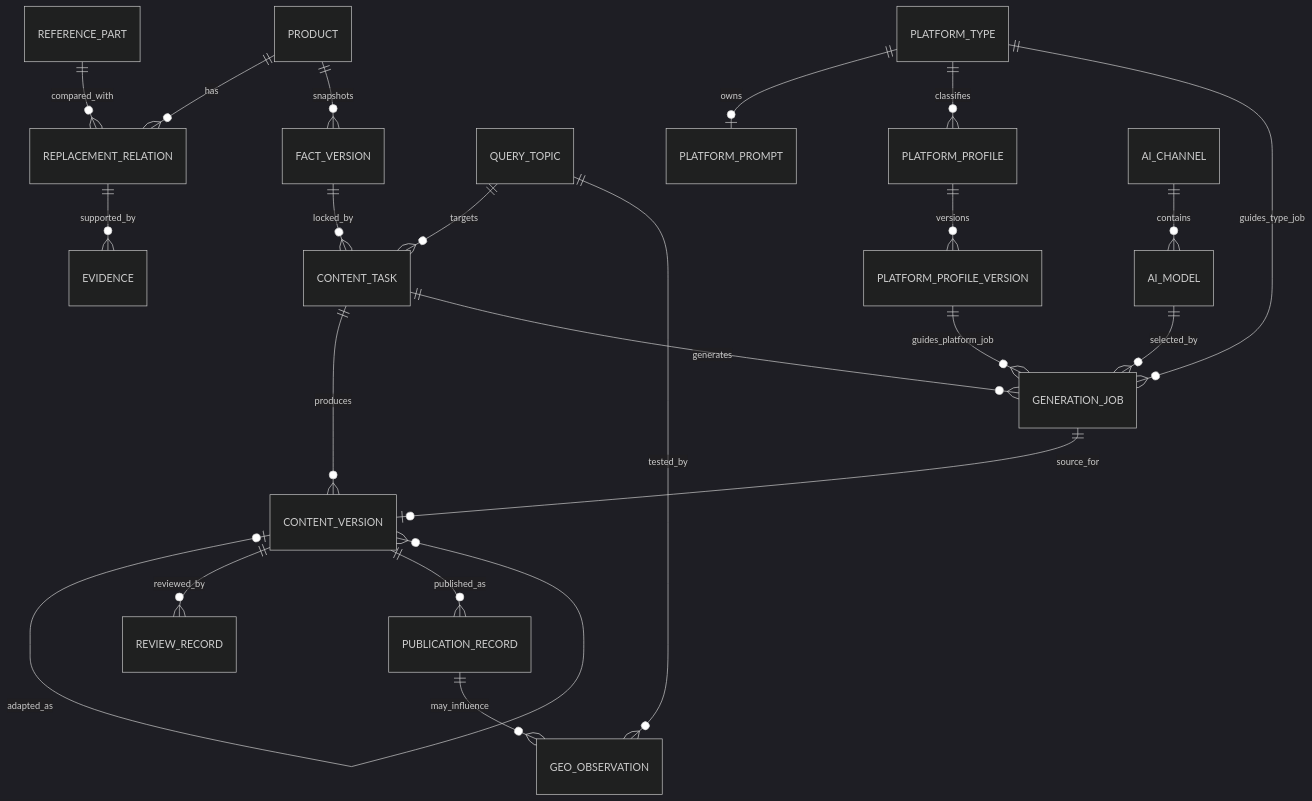
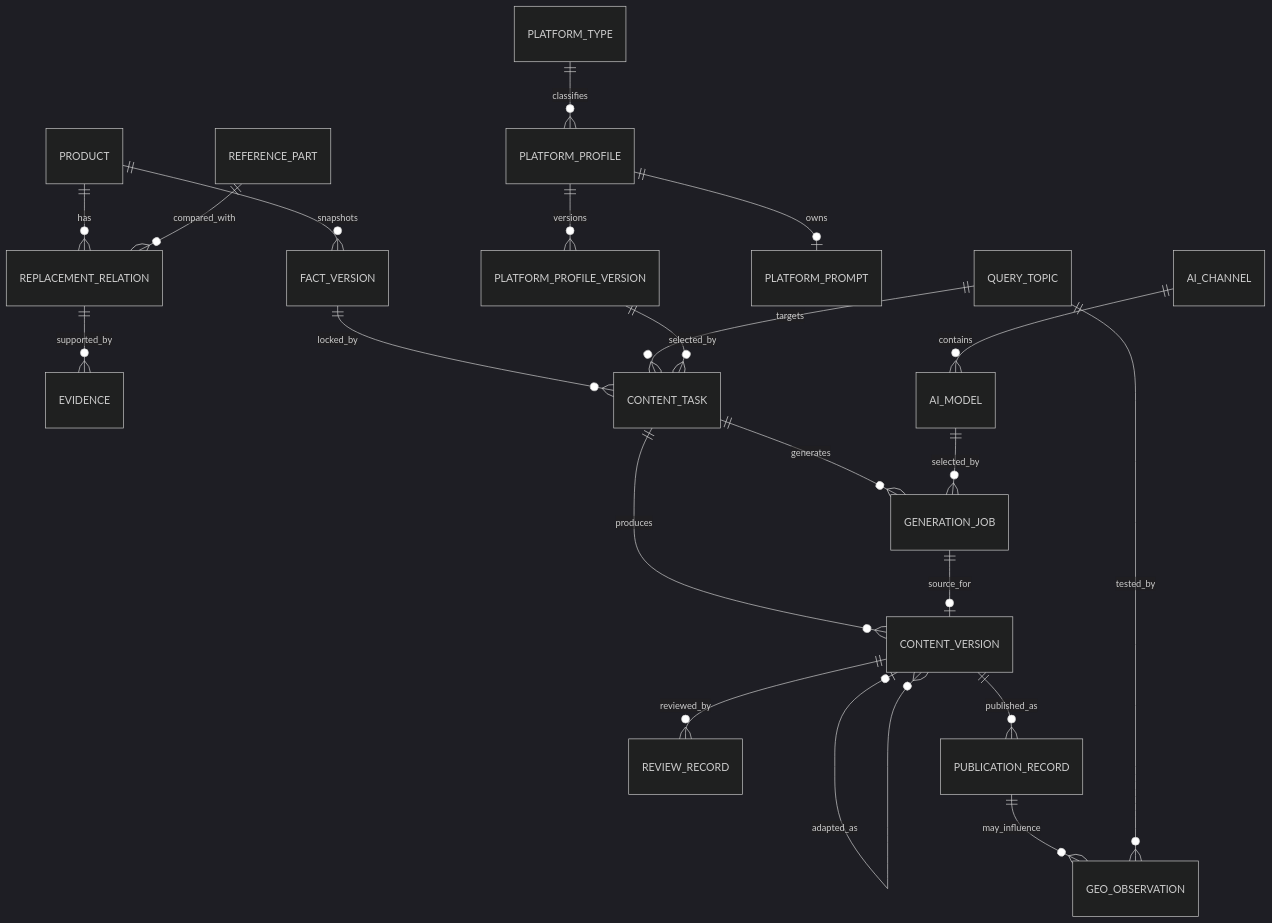
One commit to ccisnoxx/partsignal changed the second of 4 diagrams in docs/GEO多平台内容运营系统方案设计.md. Above: the diagram before and after it, drawn with Mermaid (dark theme). The commit also changed other lines of this file and 109 other files, not shown here.

````diff
--- a/docs/GEO多平台内容运营系统方案设计.md
+++ b/docs/GEO多平台内容运营系统方案设计.md
@@ -257,24 +250,23 @@
 ```mermaid
 erDiagram
     PRODUCT ||--o{ REPLACEMENT_RELATION : has
     REFERENCE_PART ||--o{ REPLACEMENT_RELATION : compared_with
     REPLACEMENT_RELATION ||--o{ EVIDENCE : supported_by
     PRODUCT ||--o{ FACT_VERSION : snapshots
     FACT_VERSION ||--o{ CONTENT_TASK : locked_by
     QUERY_TOPIC ||--o{ CONTENT_TASK : targets
-    PLATFORM_TYPE ||--o| PLATFORM_PROMPT : owns
     PLATFORM_TYPE ||--o{ PLATFORM_PROFILE : classifies
+    PLATFORM_PROFILE ||--o| PLATFORM_PROMPT : owns
     PLATFORM_PROFILE ||--o{ PLATFORM_PROFILE_VERSION : versions
-    PLATFORM_TYPE ||--o{ GENERATION_JOB : guides_type_job
-    PLATFORM_PROFILE_VERSION ||--o{ GENERATION_JOB : guides_platform_job
+    PLATFORM_PROFILE_VERSION ||--o{ CONTENT_TASK : selected_by
     AI_CHANNEL ||--o{ AI_MODEL : contains
     CONTENT_TASK ||--o{ CONTENT_VERSION : produces
     CONTENT_TASK ||--o{ GENERATION_JOB : generates
     AI_MODEL ||--o{ GENERATION_JOB : selected_by
     GENERATION_JOB ||--o| CONTENT_VERSION : source_for
     CONTENT_VERSION o|--o{ CONTENT_VERSION : adapted_as
     CONTENT_VERSION ||--o{ REVIEW_RECORD : reviewed_by
     CONTENT_VERSION ||--o{ PUBLICATION_RECORD : published_as
     PUBLICATION_RECORD ||--o{ GEO_OBSERVATION : may_influence
     QUERY_TOPIC ||--o{ GEO_OBSERVATION : tested_by
 ```
````
